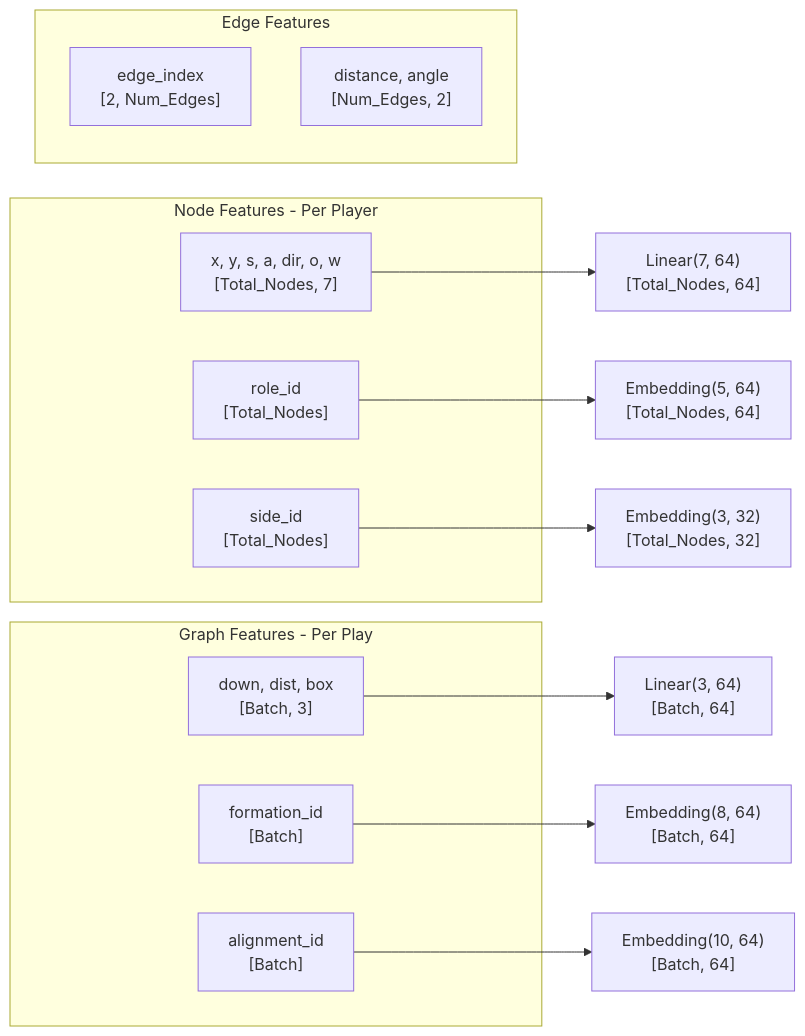
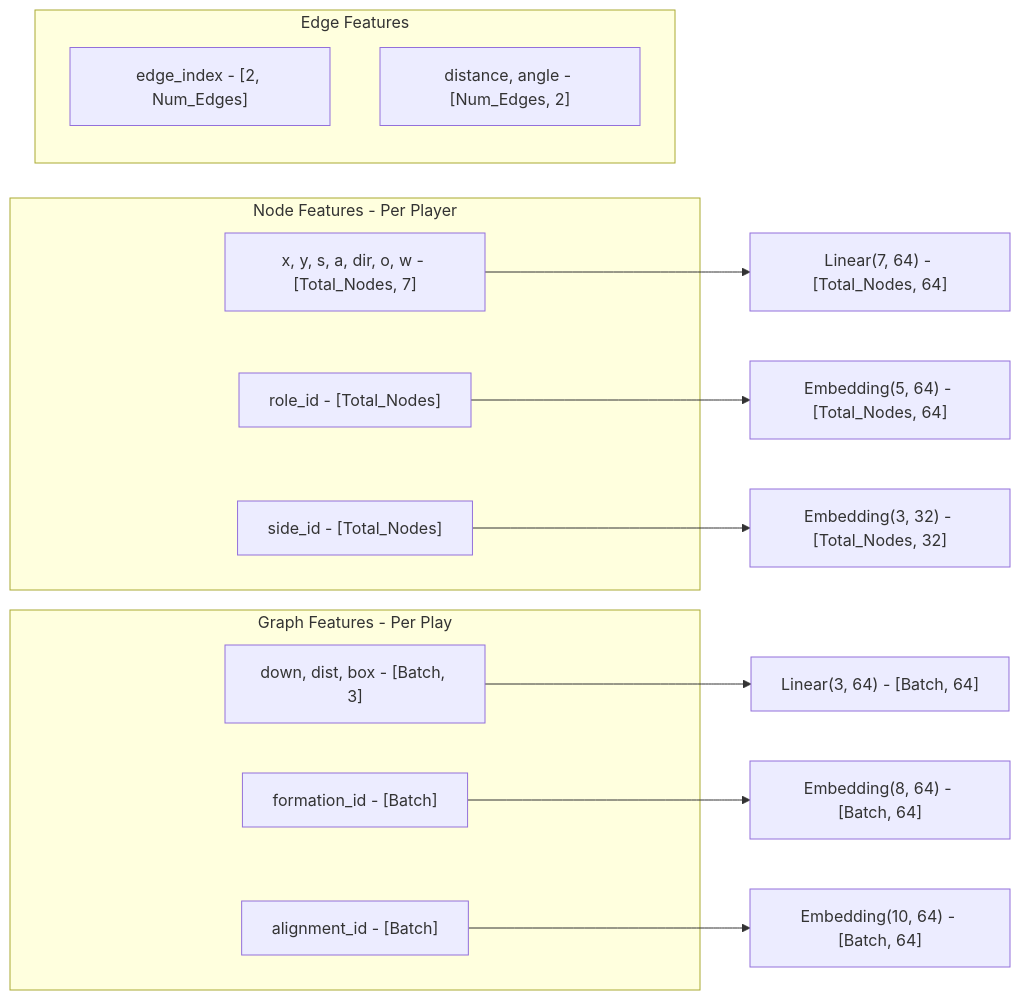
One commit to tanm-sys/NFL changed the second of 5 diagrams in docs/architecture.md. Above: the diagram before and after it, drawn with Mermaid. The commit also changed other lines of this file and 1 other file, not shown here.

Commit message:
docs: standardize mermaid graph node label formatting for improved readability.

````diff
--- a/docs/architecture.md
+++ b/docs/architecture.md
@@ -59,27 +59,27 @@
 ```mermaid
 graph LR
     subgraph Node_Features[Node Features - Per Player]
-        X["x, y, s, a, dir, o, w<br/>[Total_Nodes, 7]"]
-        Role["role_id<br/>[Total_Nodes]"]
-        Side["side_id<br/>[Total_Nodes]"]
+        X["x, y, s, a, dir, o, w - [Total_Nodes, 7]"]
+        Role["role_id - [Total_Nodes]"]
+        Side["side_id - [Total_Nodes]"]
     end
     
     subgraph Graph_Features[Graph Features - Per Play]
-        Ctx["down, dist, box<br/>[Batch, 3]"]
-        Form["formation_id<br/>[Batch]"]
-        Align["alignment_id<br/>[Batch]"]
+        Ctx["down, dist, box - [Batch, 3]"]
+        Form["formation_id - [Batch]"]
+        Align["alignment_id - [Batch]"]
     end
     
     subgraph Edge_Features[Edge Features]
-        EdgeIdx["edge_index<br/>[2, Num_Edges]"]
-        EdgeAttr["distance, angle<br/>[Num_Edges, 2]"]
+        EdgeIdx["edge_index - [2, Num_Edges]"]
+        EdgeAttr["distance, angle - [Num_Edges, 2]"]
     end
     
-    X --> EmbX["Linear(7, 64)<br/>[Total_Nodes, 64]"]
-    Role --> EmbRole["Embedding(5, 64)<br/>[Total_Nodes, 64]"]
-    Side --> EmbSide["Embedding(3, 32)<br/>[Total_Nodes, 32]"]
+    X --> EmbX["Linear(7, 64) - [Total_Nodes, 64]"]
+    Role --> EmbRole["Embedding(5, 64) - [Total_Nodes, 64]"]
+    Side --> EmbSide["Embedding(3, 32) - [Total_Nodes, 32]"]
     
-    Ctx --> EmbCtx["Linear(3, 64)<br/>[Batch, 64]"]
-    Form --> EmbForm["Embedding(8, 64)<br/>[Batch, 64]"]
-    Align --> EmbAlign["Embedding(10, 64)<br/>[Batch, 64]"]
+    Ctx --> EmbCtx["Linear(3, 64) - [Batch, 64]"]
+    Form --> EmbForm["Embedding(8, 64) - [Batch, 64]"]
+    Align --> EmbAlign["Embedding(10, 64) - [Batch, 64]"]
 ```
````
